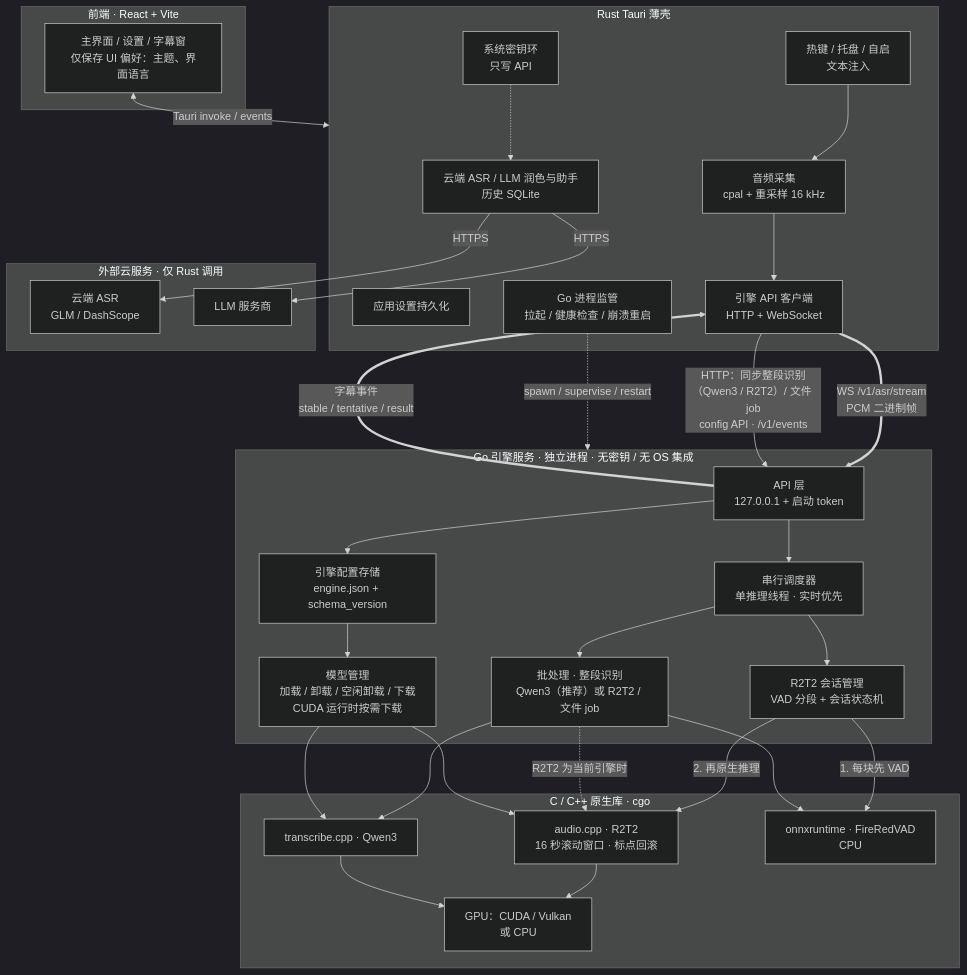
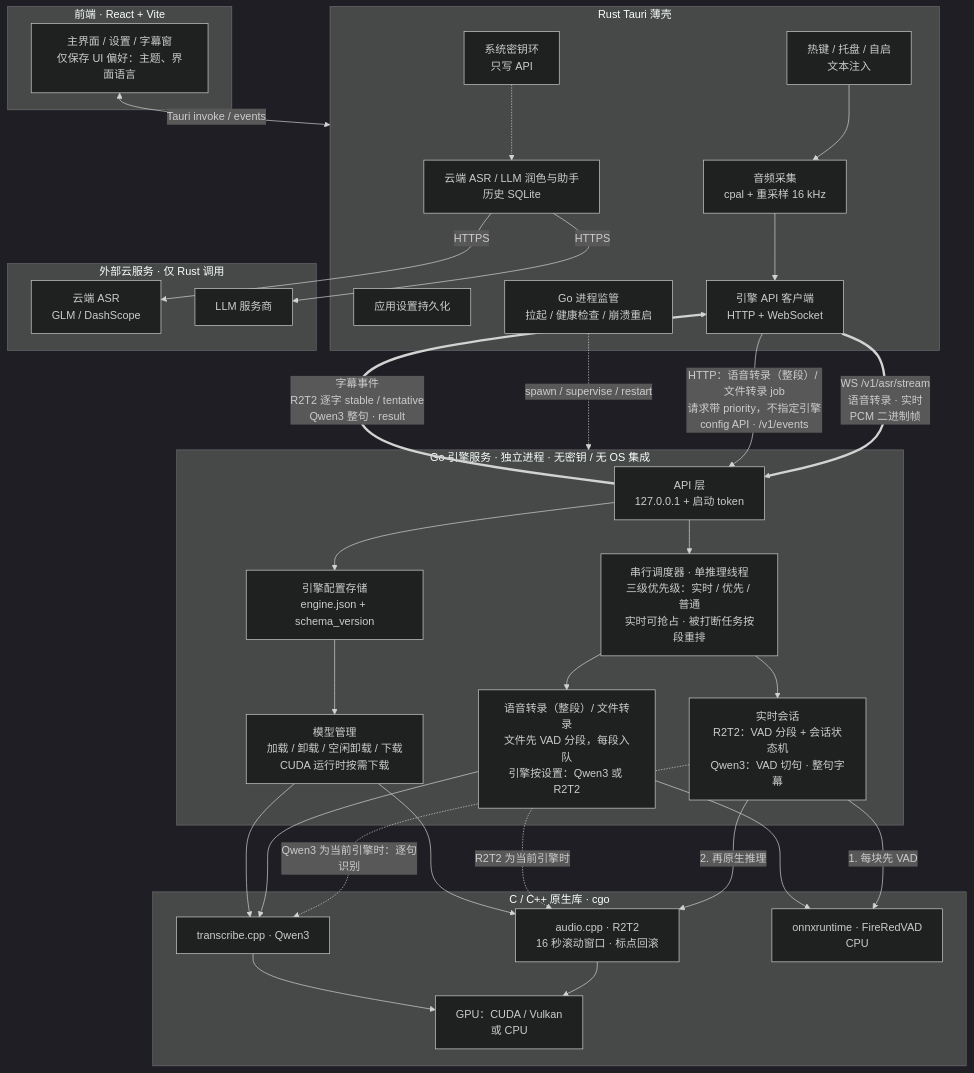
One commit to SenkjM/light-whisper changed the first of 4 diagrams in docs/command-cube/PLAN.md. Above: the diagram before and after it, drawn with Mermaid (dark theme). The commit also changed other lines of this file and 3 other files, not shown here.

First line of the commit message:
docs(plan): 三级优先级、Qwen 整句实时、大文件 VAD 分段

````diff
--- a/docs/command-cube/PLAN.md
+++ b/docs/command-cube/PLAN.md
@@ -83,63 +87,64 @@
 ```mermaid
 flowchart TB
   subgraph FE["前端 · React + Vite"]
     UI["主界面 / 设置 / 字幕窗<br/>仅保存 UI 偏好：主题、界面语言"]
   end
 
   subgraph SH["Rust Tauri 薄壳"]
     CAP["音频采集<br/>cpal + 重采样 16 kHz"]
     SYS["热键 / 托盘 / 自启<br/>文本注入"]
     APP["云端 ASR / LLM 润色与助手<br/>历史 SQLite"]
     SET["应用设置持久化"]
     KEY["系统密钥环<br/>只写 API"]
     SUP["Go 进程监管<br/>拉起 / 健康检查 / 崩溃重启"]
     CLI["引擎 API 客户端<br/>HTTP + WebSocket"]
   end
 
   subgraph CLOUD["外部云服务 · 仅 Rust 调用"]
     CASR["云端 ASR<br/>GLM / DashScope"]
     LLM["LLM 服务商"]
   end
 
   subgraph GO["Go 引擎服务 · 独立进程 · 无密钥 / 无 OS 集成"]
     API["API 层<br/>127.0.0.1 + 启动 token"]
-    SCHED["串行调度器<br/>单推理线程 · 实时优先"]
-    SESS["R2T2 会话管理<br/>VAD 分段 + 会话状态机"]
-    BATCH["批处理 · 整段识别<br/>Qwen3（推荐）或 R2T2 / 文件 job"]
+    SCHED["串行调度器 · 单推理线程<br/>三级优先级：实时 / 优先 / 普通<br/>实时可抢占 · 被打断任务按段重排"]
+    SESS["实时会话<br/>R2T2：VAD 分段 + 会话状态机<br/>Qwen3：VAD 切句 · 整句字幕"]
+    BATCH["语音转录（整段）/ 文件转录<br/>文件先 VAD 分段，每段入队<br/>引擎按设置：Qwen3 或 R2T2"]
     CFG["引擎配置存储<br/>engine.json + schema_version"]
     MM["模型管理<br/>加载 / 卸载 / 空闲卸载 / 下载<br/>CUDA 运行时按需下载"]
   end
 
   subgraph NATIVE["C / C++ 原生库 · cgo"]
     R2["audio.cpp · R2T2<br/>16 秒滚动窗口 · 标点回滚"]
     QW["transcribe.cpp · Qwen3"]
     VAD["onnxruntime · FireRedVAD<br/>CPU"]
     HW["GPU：CUDA / Vulkan<br/>或 CPU"]
   end
 
   UI <-->|"Tauri invoke / events"| SH
   CAP --> CLI
   SYS --> CAP
   KEY -.-> APP
   APP -->|"HTTPS"| CASR
   APP -->|"HTTPS"| LLM
   SUP -.->|"spawn / supervise / restart"| GO
-  CLI ==>|"WS /v1/asr/stream<br/>PCM 二进制帧"| API
-  API ==>|"字幕事件<br/>stable / tentative / result"| CLI
-  CLI -->|"HTTP：同步整段识别（Qwen3 / R2T2）/ 文件 job<br/>config API · /v1/events"| API
+  CLI ==>|"WS /v1/asr/stream<br/>语音转录 · 实时<br/>PCM 二进制帧"| API
+  API ==>|"字幕事件<br/>R2T2 逐字 stable / tentative<br/>Qwen3 整句 · result"| CLI
+  CLI -->|"HTTP：语音转录（整段）/ 文件转录 job<br/>请求带 priority，不指定引擎<br/>config API · /v1/events"| API
 
   API --> SCHED
   API --> CFG
   CFG --> MM
   SCHED --> SESS
   SCHED --> BATCH
   SESS -->|"1. 每块先 VAD"| VAD
   SESS -->|"2. 再原生推理"| R2
+  SESS -.->|"Qwen3 为当前引擎时：逐句识别"| QW
   BATCH --> VAD
   BATCH --> QW
   BATCH -.->|"R2T2 为当前引擎时"| R2
   MM --> R2
   MM --> QW
   R2 --> HW
   QW --> HW
 ```
````
